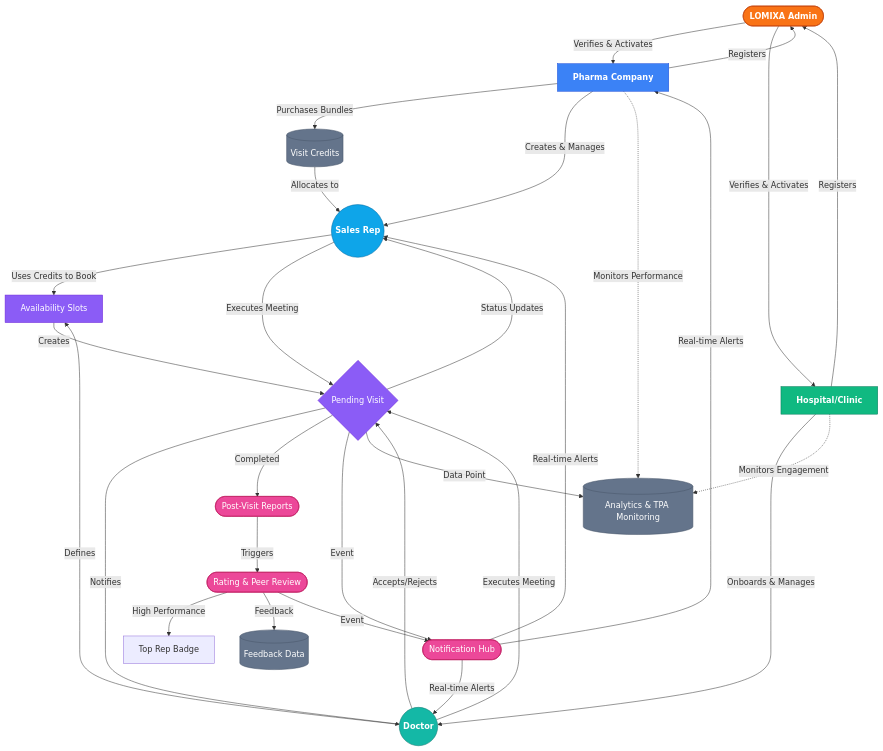
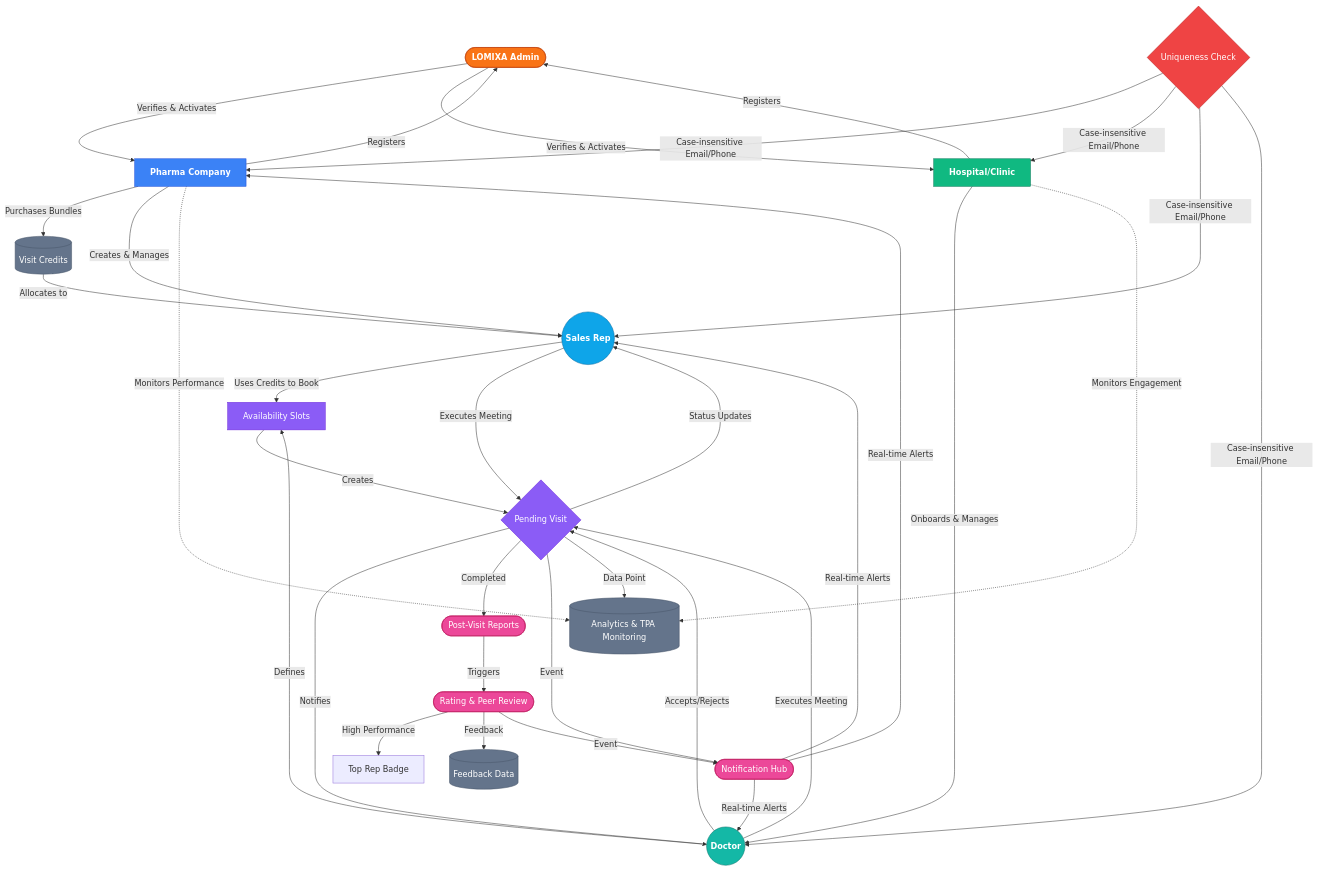
The diagram in README.md (Seifkassab20/Lomixa), drawn with Mermaid before and after one commit. The commit also changed other lines of this file and 5 other files, not shown here.

Commit message:
fix add doctor in the hospital dashboard

````diff
--- a/README.md
+++ b/README.md
@@ -15,69 +15,74 @@
 ```mermaid
 flowchart TD
     %% Core Entities
     Admin([LOMIXA Admin])
     Pharma[Pharma Company]
     Hospital[Hospital/Clinic]
     Rep((Sales Rep))
     Doctor((Doctor))
     
     %% Admin Verification Flow
     Pharma -- Registers --> Admin
     Hospital -- Registers --> Admin
     Admin -- Verifies & Activates --> Pharma
     Admin -- Verifies & Activates --> Hospital
 
     %% Pharma Internal Flow
     Pharma -- Purchases Bundles --> Credits[(Visit Credits)]
     Pharma -- Creates & Manages --> Rep
     Credits -- Allocates to --> Rep
 
     %% Hospital Internal Flow
     Hospital -- Onboards & Manages --> Doctor
     
     %% Doctor Flow
     Doctor -- Defines --> Slots[Availability Slots]
 
     %% The Core Interaction: Booking a Visit
     Rep -- Uses Credits to Book --> Slots
     Slots -- Creates --> Visit{Pending Visit}
     Visit -- Notifies --> Doctor
 
+    %% Validation Layer
+    System{Uniqueness Check} -- Case-insensitive Email/Phone --> Pharma & Hospital & Rep & Doctor
+    
     %% Visit Lifecycle
     Doctor -- Accepts/Rejects --> Visit
     Visit -- Status Updates --> Rep
     
     %% Post-Visit & Quality Loop
     Rep & Doctor -- Executes Meeting --> Visit
     Visit -- Completed --> Reports([Post-Visit Reports])
     Reports -- Triggers --> Rating([Rating & Peer Review])
     Rating -- High Performance --> TopRep[Top Rep Badge]
     Rating -- Feedback --> Outcome[(Feedback Data)]
     
     %% Notification Layer
     Visit & Rating -- Event --> Notify([Notification Hub])
     Notify -- Real-time Alerts --> Rep & Doctor & Pharma
 
     %% Analytics
     Visit -- Data Point --> Analytics[(Analytics & TPA Monitoring)]
     Pharma -. Monitors Performance .-> Analytics
     Hospital -. Monitors Engagement .-> Analytics
 
     classDef admin fill:#f97316,stroke:#c2410c,color:#fff,font-weight:bold;
     classDef pharma fill:#3b82f6,stroke:#1d4ed8,color:#fff,font-weight:bold;
     classDef rep fill:#0ea5e9,stroke:#0369a1,color:#fff,font-weight:bold;
     classDef hospital fill:#10b981,stroke:#047857,color:#fff,font-weight:bold;
     classDef doc fill:#14b8a6,stroke:#0f766e,color:#fff,font-weight:bold;
     classDef action fill:#8b5cf6,stroke:#6d28d9,color:#fff;
     classDef feedback fill:#ec4899,stroke:#be185d,color:#fff;
     classDef db fill:#64748b,stroke:#475569,color:#fff;
+    classDef security fill:#ef4444,stroke:#b91c1c,color:#fff;
 
     class Admin admin;
     class Pharma pharma;
     class Hospital hospital;
     class Rep rep;
     class Doctor doc;
     class Visit,Slots action;
     class Reports,Rating,Notify feedback;
     class Credits,Analytics,Outcome db;
+    class System security;
 ```
````
